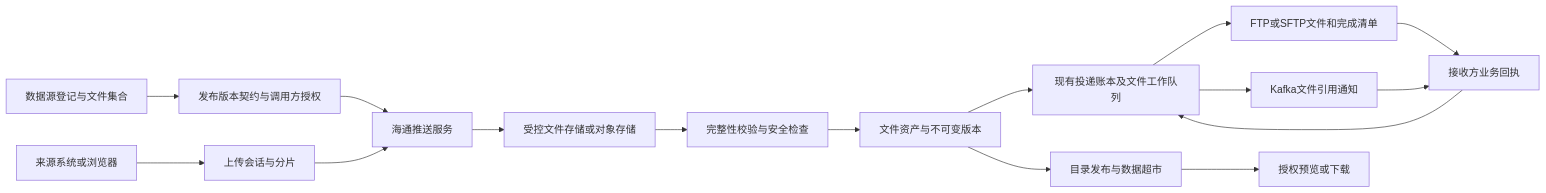
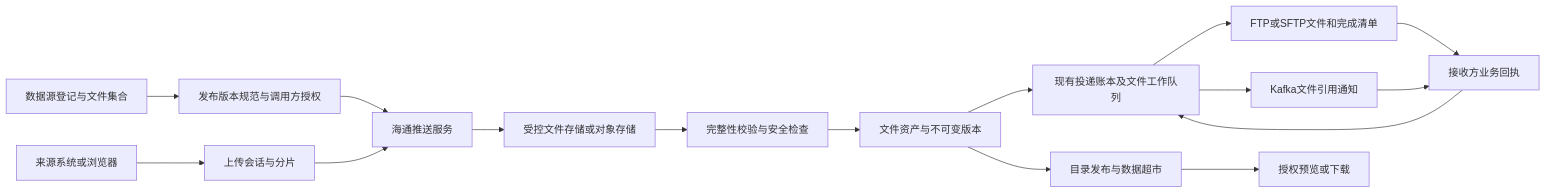
The diagram in docs/haitong-data-pull.md (newmum/data-elements), drawn with Mermaid before and after one commit. The commit also changed other lines of this file and 49 other files, not shown here.

````diff
--- a/docs/haitong-data-pull.md
+++ b/docs/haitong-data-pull.md
@@ -64,18 +64,18 @@
 ```mermaid
 flowchart LR
-    R[数据源登记与文件集合] --> C[发布版本契约与调用方授权]
+    R[数据源登记与文件集合] --> C[发布版本规范与调用方授权]
     C --> H[海通推送服务]
     U[来源系统或浏览器] --> I[上传会话与分片]
     I --> H
     H --> S[受控文件存储或对象存储]
     S --> V[完整性校验与安全检查]
     V --> A[文件资产与不可变版本]
     A --> D[现有投递账本及文件工作队列]
     D --> F[FTP或SFTP文件和完成清单]
     D --> K[Kafka文件引用通知]
     A --> P[目录发布与数据超市]
     P --> G[授权预览或下载]
     F --> B[接收方业务回执]
     K --> B
     B --> D
 ```
````
